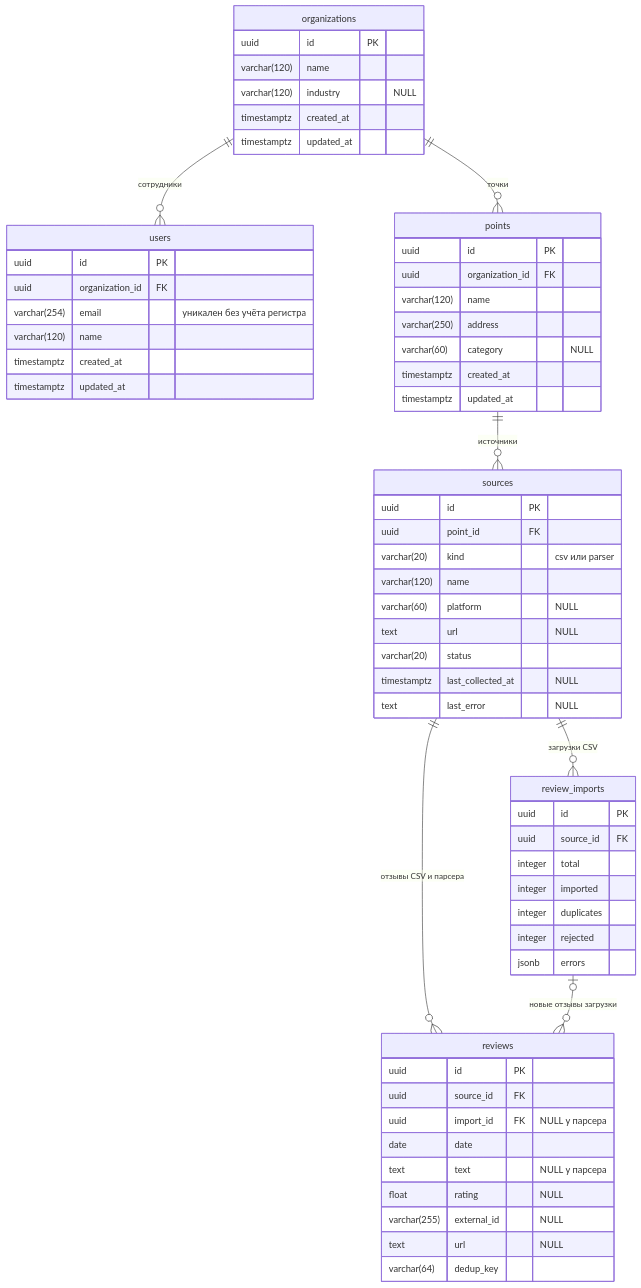
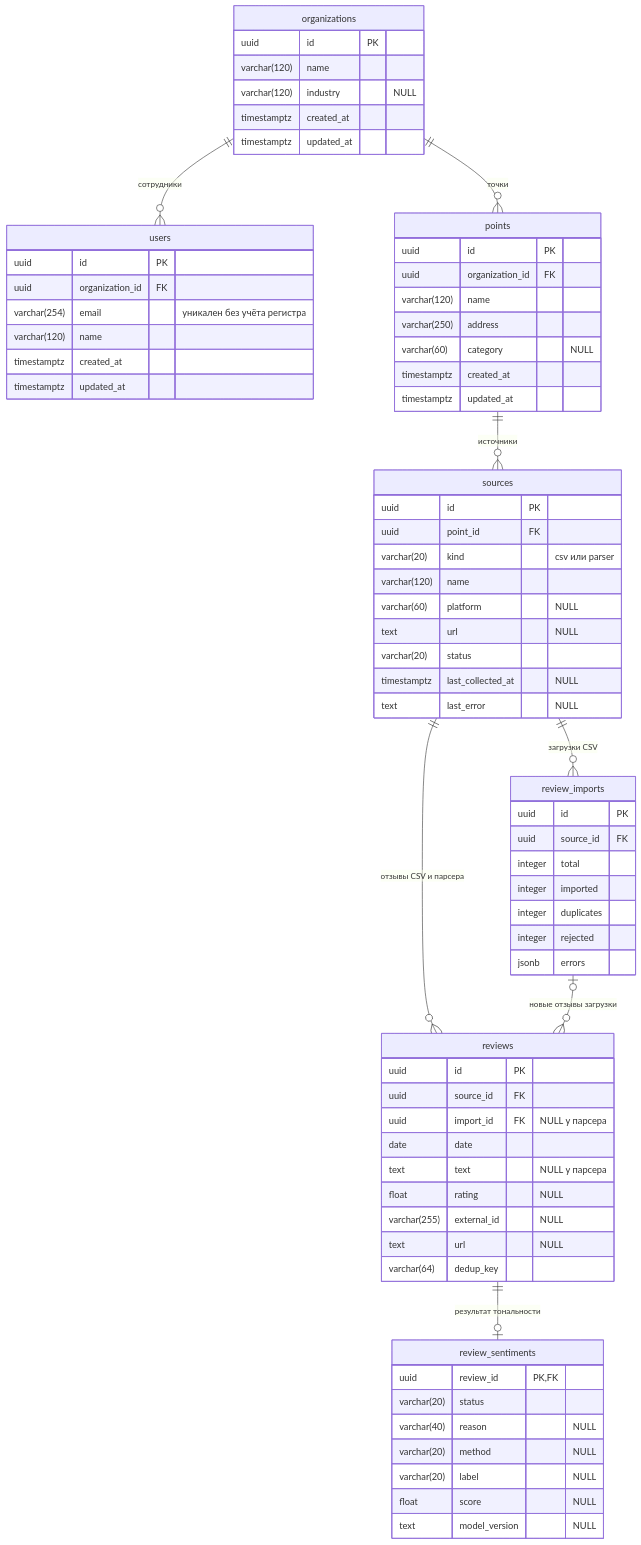
One commit to mcmikey101/reo changed the diagram in docs/db-schema.md. Above: the diagram before and after it, drawn with Mermaid. The commit also changed other lines of this file and 12 other files, not shown here.

````diff
--- a/docs/db-schema.md
+++ b/docs/db-schema.md
@@ -27,65 +27,75 @@
 ```mermaid
 erDiagram
     organizations ||--o{ users : "сотрудники"
     organizations ||--o{ points : "точки"
     points ||--o{ sources : "источники"
     sources ||--o{ review_imports : "загрузки CSV"
     sources ||--o{ reviews : "отзывы CSV и парсера"
     review_imports o|--o{ reviews : "новые отзывы загрузки"
+    reviews ||--o| review_sentiments : "результат тональности"
 
     organizations {
         uuid id PK
         varchar(120) name
         varchar(120) industry "NULL"
         timestamptz created_at
         timestamptz updated_at
     }
     users {
         uuid id PK
         uuid organization_id FK
         varchar(254) email "уникален без учёта регистра"
         varchar(120) name
         timestamptz created_at
         timestamptz updated_at
     }
     points {
         uuid id PK
         uuid organization_id FK
         varchar(120) name
         varchar(250) address
         varchar(60) category "NULL"
         timestamptz created_at
         timestamptz updated_at
     }
     sources {
         uuid id PK
         uuid point_id FK
         varchar(20) kind "csv или parser"
         varchar(120) name
         varchar(60) platform "NULL"
         text url "NULL"
         varchar(20) status
         timestamptz last_collected_at "NULL"
         text last_error "NULL"
     }
     review_imports {
         uuid id PK
         uuid source_id FK
         integer total
         integer imported
         integer duplicates
         integer rejected
         jsonb errors
     }
     reviews {
         uuid id PK
         uuid source_id FK
         uuid import_id FK "NULL у парсера"
         date date
         text text "NULL у парсера"
         float rating "NULL"
         varchar(255) external_id "NULL"
         text url "NULL"
         varchar(64) dedup_key
     }
+    review_sentiments {
+        uuid review_id PK, FK
+        varchar(20) status
+        varchar(40) reason "NULL"
+        varchar(20) method "NULL"
+        varchar(20) label "NULL"
+        float score "NULL"
+        text model_version "NULL"
+    }
 ```
````
